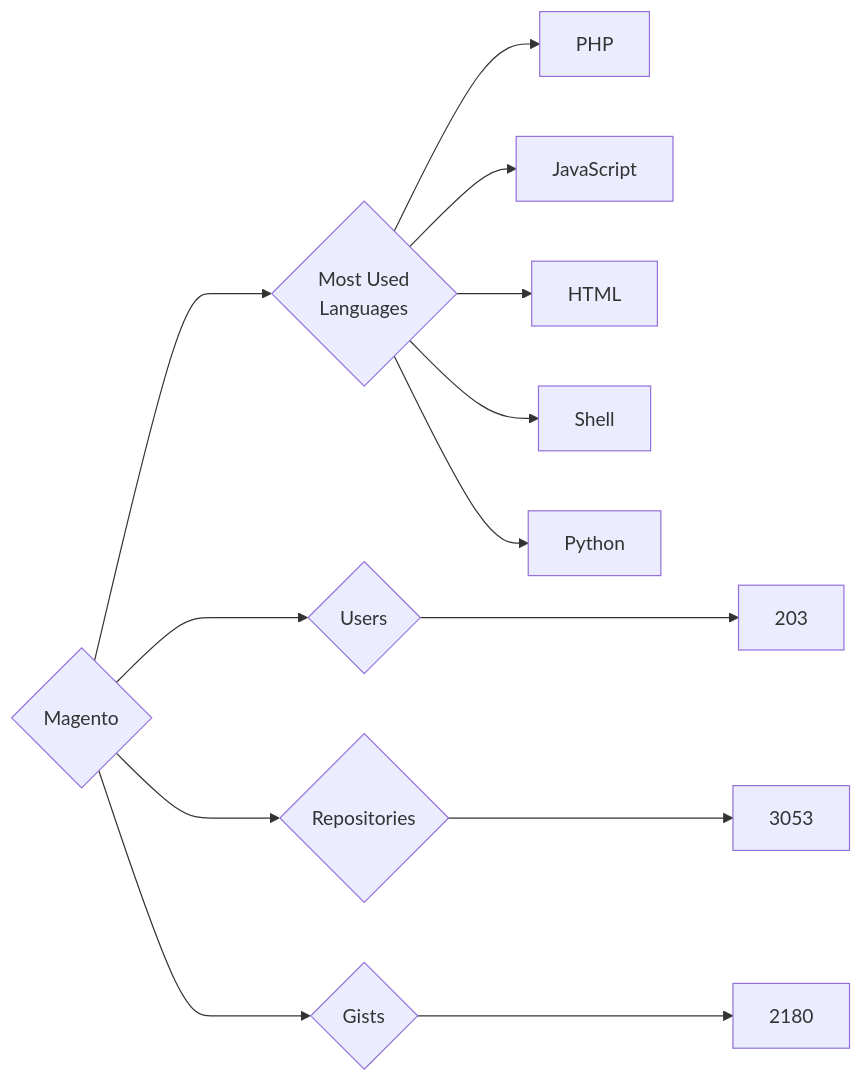
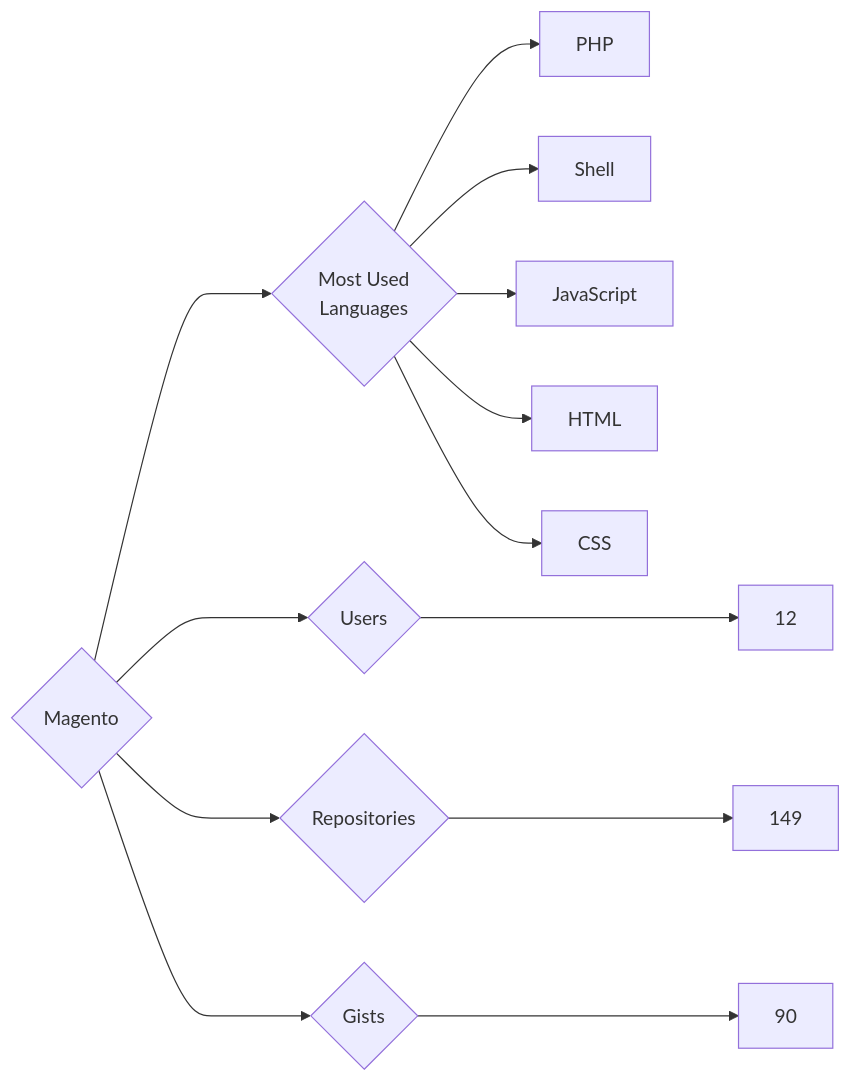
Before and after one commit to trickest/insiders: the diagram in targets/Magento/README.md, drawn with Mermaid. The commit also changed 1479 other files, not shown here.

````diff
--- a/targets/Magento/README.md
+++ b/targets/Magento/README.md
@@ -3,13 +3,13 @@
 ```mermaid
 graph LR
 COMPANY_NAME{Magento}
-COMPANY_NAME ---> U{Users} ---> UN[203]
-COMPANY_NAME ---> R{Repositories} ---> RN[3053]
-COMPANY_NAME ---> G{Gists} ---> GN[2180]
+COMPANY_NAME ---> U{Users} ---> UN[12]
+COMPANY_NAME ---> R{Repositories} ---> RN[149]
+COMPANY_NAME ---> G{Gists} ---> GN[90]
 COMPANY_NAME ---> ML{Most Used<br>Languages}
 ML --> PHP[PHP]
+ML --> Shell[Shell]
 ML --> JavaScript[JavaScript]
 ML --> HTML[HTML]
-ML --> Shell[Shell]
-ML --> Python[Python]
+ML --> CSS[CSS]
 ```
````
